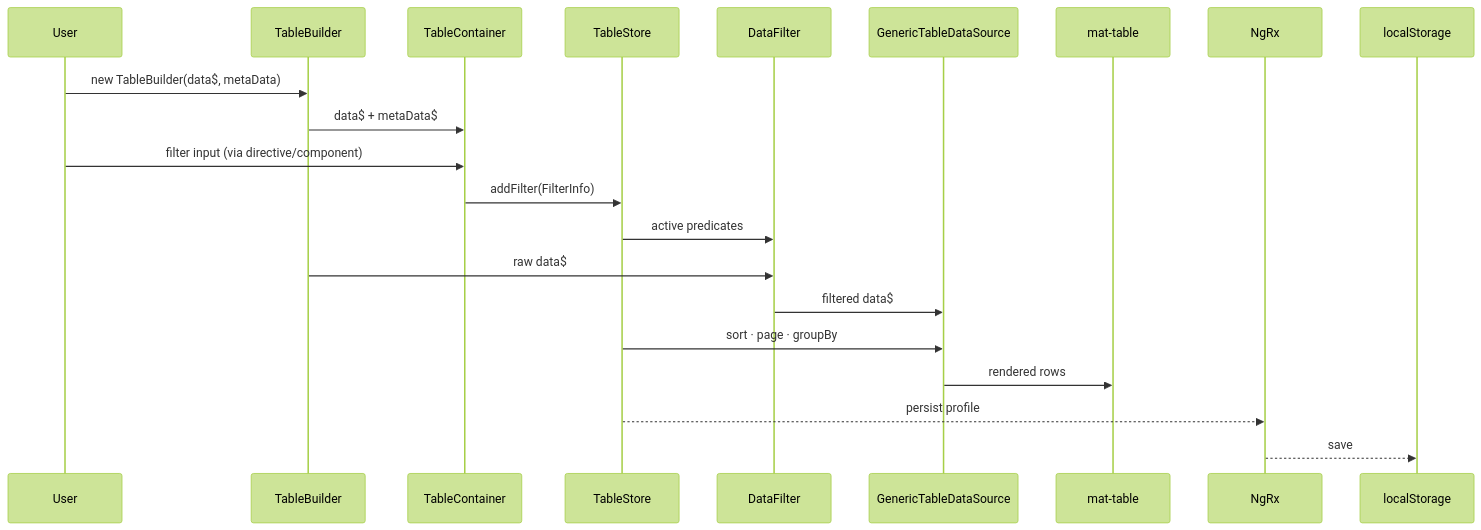
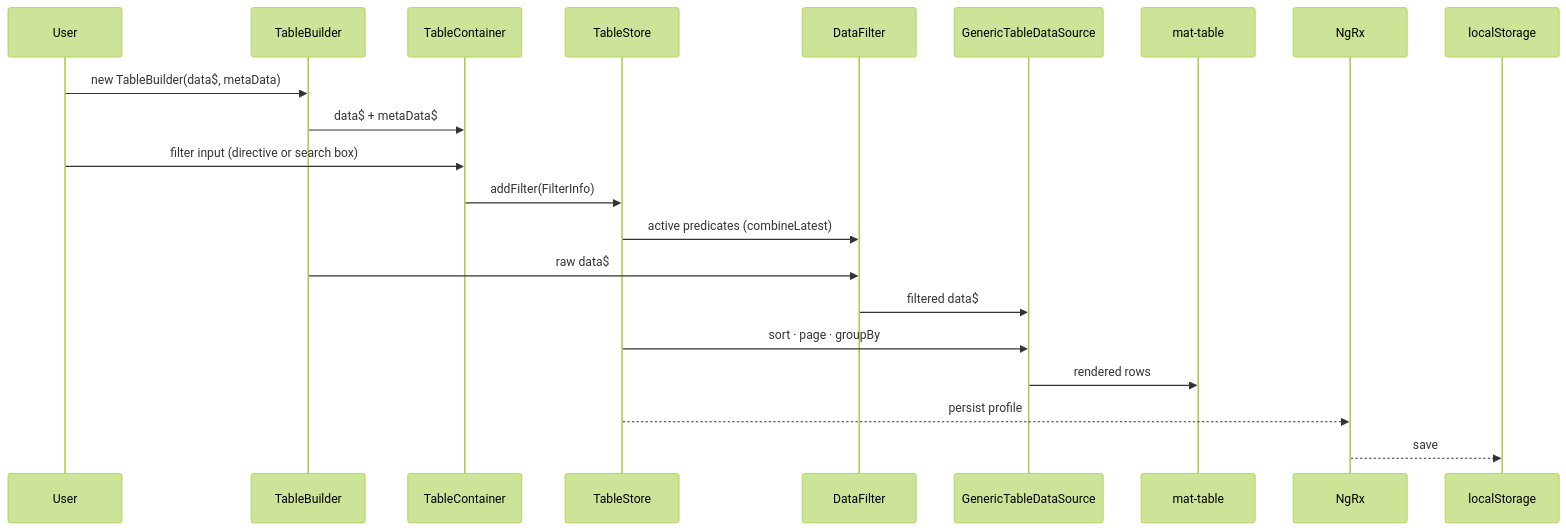
Before and after one commit to Yitzchak-Holtzberg/OodleTableBuilder: the fifth of 5 diagrams in docs/table-builder-map.md, drawn with Mermaid (forest theme). The commit also changed other lines of this file, not shown here.

````diff
--- a/docs/table-builder-map.md
+++ b/docs/table-builder-map.md
@@ -272,22 +153,22 @@
 ```mermaid
 sequenceDiagram
     participant User
     participant TB as TableBuilder
     participant TC as TableContainer
     participant TS as TableStore
     participant DF as DataFilter
     participant DS as GenericTableDataSource
     participant MAT as mat-table
 
     User->>TB: new TableBuilder(data$, metaData)
     TB->>TC: data$ + metaData$
-    User->>TC: filter input (via directive/component)
+    User->>TC: filter input (directive or search box)
     TC->>TS: addFilter(FilterInfo)
-    TS->>DF: active predicates
+    TS->>DF: active predicates (combineLatest)
     TB->>DF: raw data$
     DF->>DS: filtered data$
     TS->>DS: sort · page · groupBy
     DS->>MAT: rendered rows
     TS-->>NgRx: persist profile
     NgRx-->>localStorage: save
 ```
````
